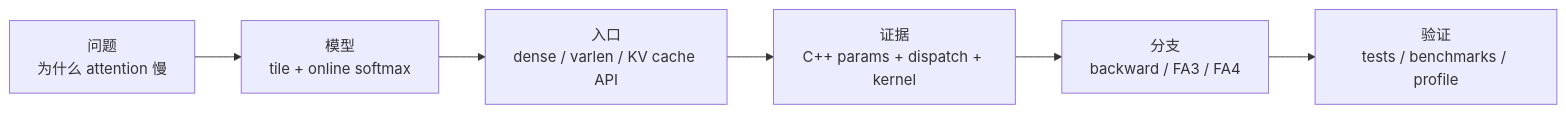
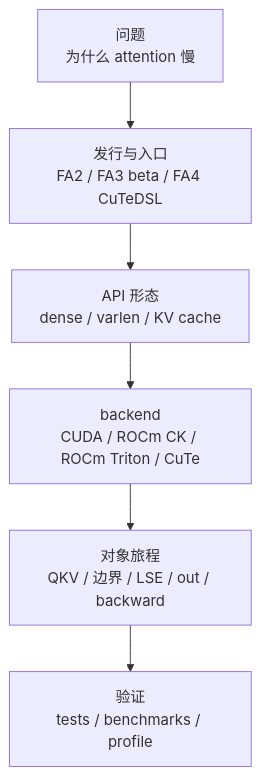
One commit to OnlyHero5/sglang-reading-vault changed the diagram in flash-attn_reading/导读与总览/FlashAttention-导读与总览.md. Above: the diagram before and after it, drawn with Mermaid. The commit also changed other lines of this file and 512 other files, not shown here.

````diff
--- a/flash-attn_reading/导读与总览/FlashAttention-导读与总览.md
+++ b/flash-attn_reading/导读与总览/FlashAttention-导读与总览.md
@@ -26,10 +26,10 @@
 ```mermaid
-flowchart LR
+flowchart TB
     A["问题<br/>为什么 attention 慢"]
-    B["模型<br/>tile + online softmax"]
-    C["入口<br/>dense / varlen / KV cache API"]
-    D["证据<br/>C++ params + dispatch + kernel"]
-    E["分支<br/>backward / FA3 / FA4"]
+    B["发行与入口<br/>FA2 / FA3 beta / FA4 CuTeDSL"]
+    C["API 形态<br/>dense / varlen / KV cache"]
+    D["backend<br/>CUDA / ROCm CK / ROCm Triton / CuTe"]
+    E["对象旅程<br/>QKV / 边界 / LSE / out / backward"]
     F["验证<br/>tests / benchmarks / profile"]
     A --> B --> C --> D --> E --> F
 ```
````
